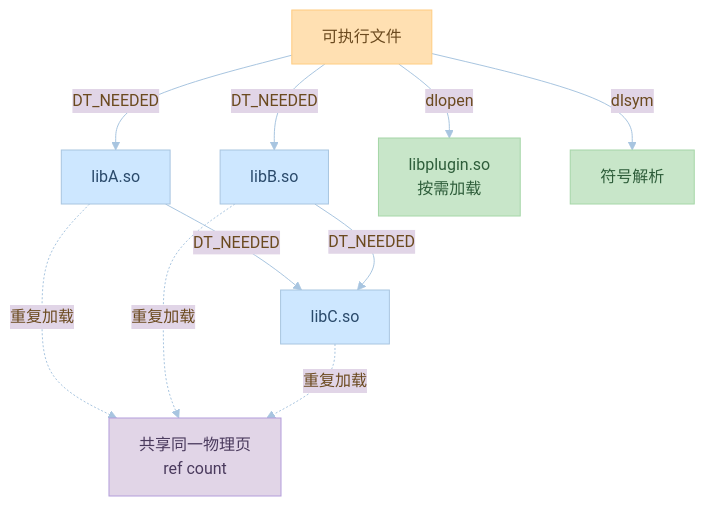
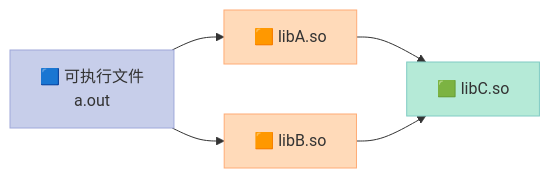
One commit to xuqi2024/xuqi2024.github.io changed the third of 12 diagrams in source/_posts/07-动态链接的实现.md. Above: the diagram before and after it, drawn with Mermaid. The commit also changed other lines of this file and 12 other files, not shown here.

````diff
--- a/source/_posts/07-动态链接的实现.md
+++ b/source/_posts/07-动态链接的实现.md
@@ -457,24 +213,12 @@
 ```mermaid
-%%{init: {'theme':'base', 'themeVariables': {'primaryColor':'#FFE0B2','primaryTextColor':'#6B4A1F','primaryBorderColor':'#FFCC80','lineColor':'#A8C5E0','secondaryColor':'#E1D5E7','tertiaryColor':'#C8E6C9'}}}%%
-flowchart TB
-    EXEC["可执行文件"] -->|DT_NEEDED| L1["libA.so"]
-    EXEC -->|DT_NEEDED| L2["libB.so"]
-    L1 -->|DT_NEEDED| L3["libC.so"]
-    L2 -->|DT_NEEDED| L3
+graph LR
+    EXEC["🟦 可执行文件<br/>a.out"] --> A["🟧 libA.so"]
+    EXEC --> B["🟧 libB.so"]
+    A --> C["🟩 libC.so"]
+    B --> C
 
-    L1 -.重复加载.-> SHARE["共享同一物理页<br/>ref count"]
-    L2 -.重复加载.-> SHARE
-    L3 -.重复加载.-> SHARE
-
-    EXEC -->|dlopen| PLG["libplugin.so<br/>按需加载"]
-    EXEC -->|dlsym| SYM["符号解析"]
-
-    classDef exec fill:#FFE0B2,stroke:#FFCC80,color:#6B4A1F
-    classDef lib fill:#CDE7FF,stroke:#A8C5E0,color:#2A4A6B
-    classDef share fill:#E1D5E7,stroke:#B39DDB,color:#4A3A5D
-    classDef plg fill:#C8E6C9,stroke:#A5D6A7,color:#2E5D3A
-    class EXEC exec
-    class L1,L2,L3 lib
-    class SHARE share
-    class PLG,SYM plg
+    style EXEC fill:#C7CEEA,stroke:#9FA8DA,color:#333
+    style A fill:#FFDAB9,stroke:#FFAB76,color:#333
+    style B fill:#FFDAB9,stroke:#FFAB76,color:#333
+    style C fill:#B5EAD7,stroke:#80CBC4,color:#333
 ```
````
